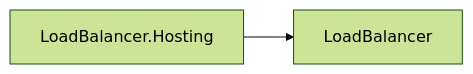
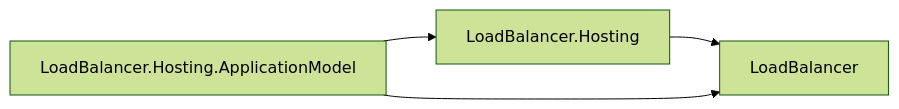
Before and after one commit to assimalign/cohesion: diagram 18 of 27 in docs/DEPENDENCIES.md, drawn with Mermaid (forest theme). The commit also changed other lines of this file and 454 other files, not shown here.

First line of the commit message:
feat(resources): give every resource area a Hosting.ApplicationModel integration

````diff
--- a/docs/DEPENDENCIES.md
+++ b/docs/DEPENDENCIES.md
@@ -762,6 +785,9 @@
 ```mermaid
 flowchart LR
     N0["LoadBalancer"]
     N1["LoadBalancer.Hosting"]
+    N2["LoadBalancer.Hosting.ApplicationModel"]
     N1 --> N0
+    N2 --> N0
+    N2 --> N1
 ```
````
